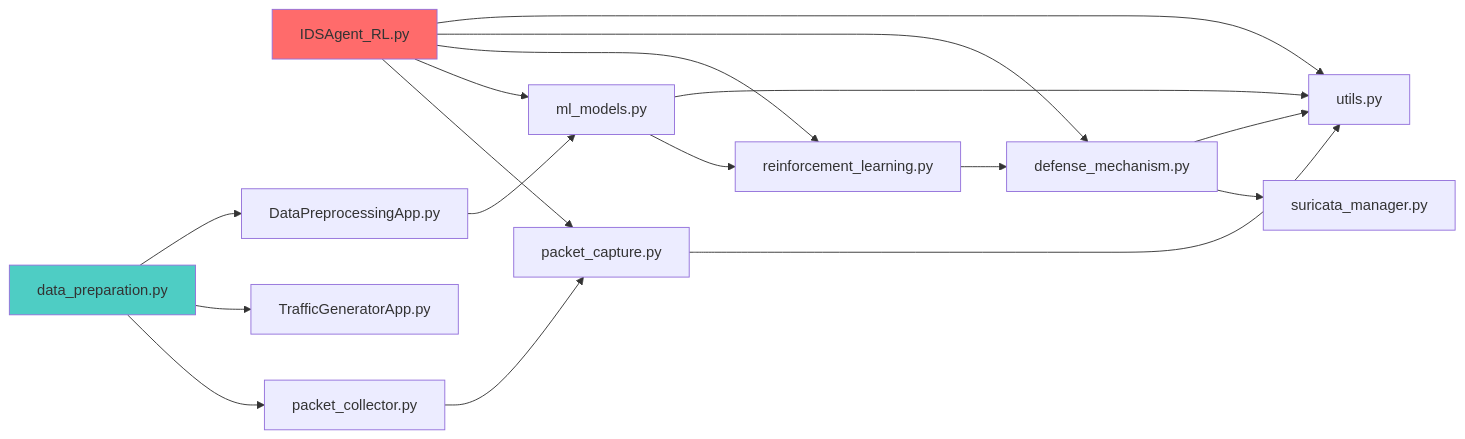
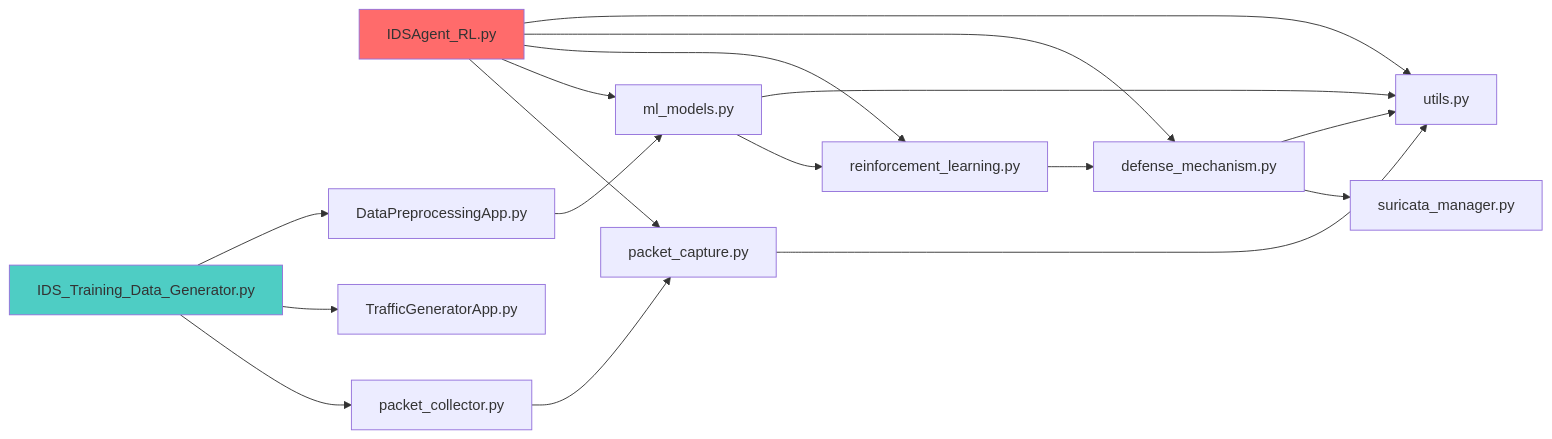
The fourth of 5 diagrams in README.md (Es5724/Intrusion_DetectionSystem), drawn with Mermaid before and after one commit. The commit also changed other lines of this file and 6 other files, not shown here.

````diff
--- a/README.md
+++ b/README.md
@@ -495,26 +495,26 @@
 ```mermaid
 graph LR
     A[IDSAgent_RL.py] --> B[packet_capture.py]
     A --> C[ml_models.py]
     A --> D[reinforcement_learning.py]
     A --> E[defense_mechanism.py]
     A --> F[utils.py]
     
     C --> D
     D --> E
     E --> G[suricata_manager.py]
     
     B --> F
     C --> F
     E --> F
     
-    H[data_preparation.py] --> I[packet_collector.py]
+    H[IDS_Training_Data_Generator.py] --> I[packet_collector.py]
     H --> J[TrafficGeneratorApp.py]
     H --> K[DataPreprocessingApp.py]
     
     I --> B
     K --> C
     
     style A fill:#ff6b6b
     style H fill:#4ecdc4
 ```
````
